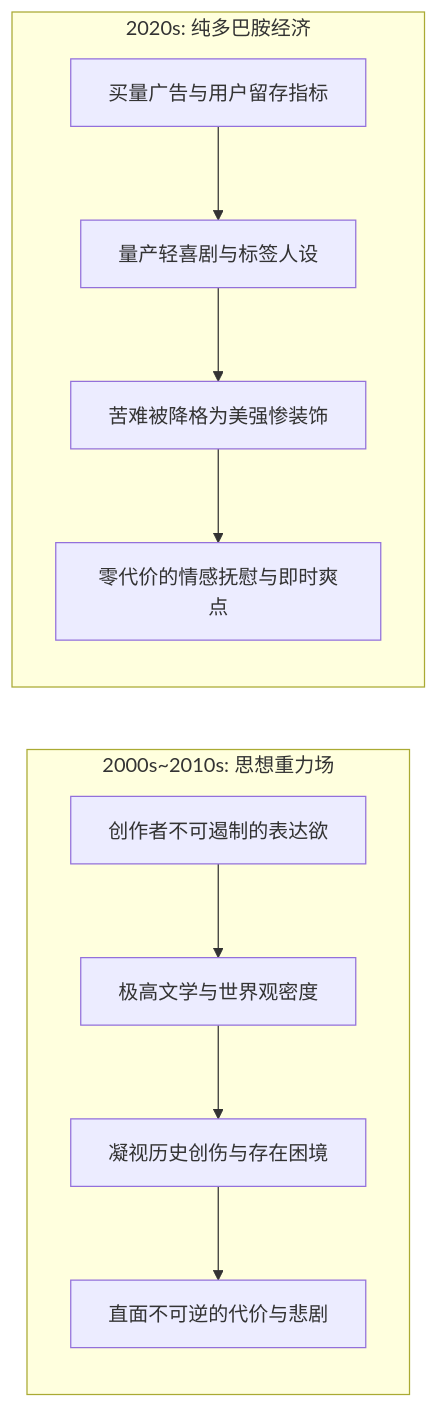
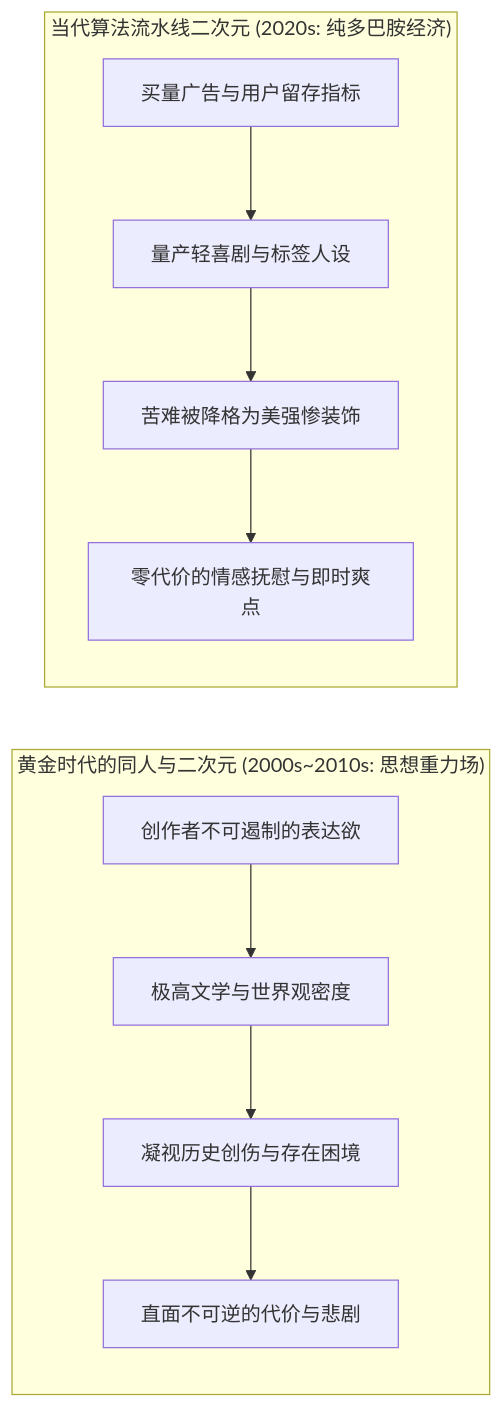
The fourth of 5 diagrams in src/content/blog/hymmnos-tsuchikahi-no-uta-postwar-narrative.md (unendev/unendev.github.io), drawn with Mermaid before and after one commit. The commit also changed other lines of this file and 1 other file, not shown here.

````diff
--- a/src/content/blog/hymmnos-tsuchikahi-no-uta-postwar-narrative.md
+++ b/src/content/blog/hymmnos-tsuchikahi-no-uta-postwar-narrative.md
@@ -276,13 +276,13 @@
 ```mermaid
 flowchart LR
-    subgraph 黄金时代的同人与二次元[2000s~2010s: 思想重力场]
-        A1[创作者不可遏制的表达欲] --> A2[极高文学与世界观密度]
-        A2 --> A3[凝视历史创伤与存在困境]
-        A3 --> A4[直面不可逆的代价与悲剧]
+    subgraph GOLDEN ["黄金时代的同人与二次元 (2000s~2010s: 思想重力场)"]
+        A1["创作者不可遏制的表达欲"] --> A2["极高文学与世界观密度"]
+        A2 --> A3["凝视历史创伤与存在困境"]
+        A3 --> A4["直面不可逆的代价与悲剧"]
     end
-    subgraph 当代算法流水线二次元[2020s: 纯多巴胺经济]
-        B1[买量广告与用户留存指标] --> B2[量产轻喜剧与标签人设]
-        B2 --> B3[苦难被降格为美强惨装饰]
-        B3 --> B4[零代价的情感抚慰与即时爽点]
+    subgraph ALGORITHM ["当代算法流水线二次元 (2020s: 纯多巴胺经济)"]
+        B1["买量广告与用户留存指标"] --> B2["量产轻喜剧与标签人设"]
+        B2 --> B3["苦难被降格为美强惨装饰"]
+        B3 --> B4["零代价的情感抚慰与即时爽点"]
     end
 ```
````
